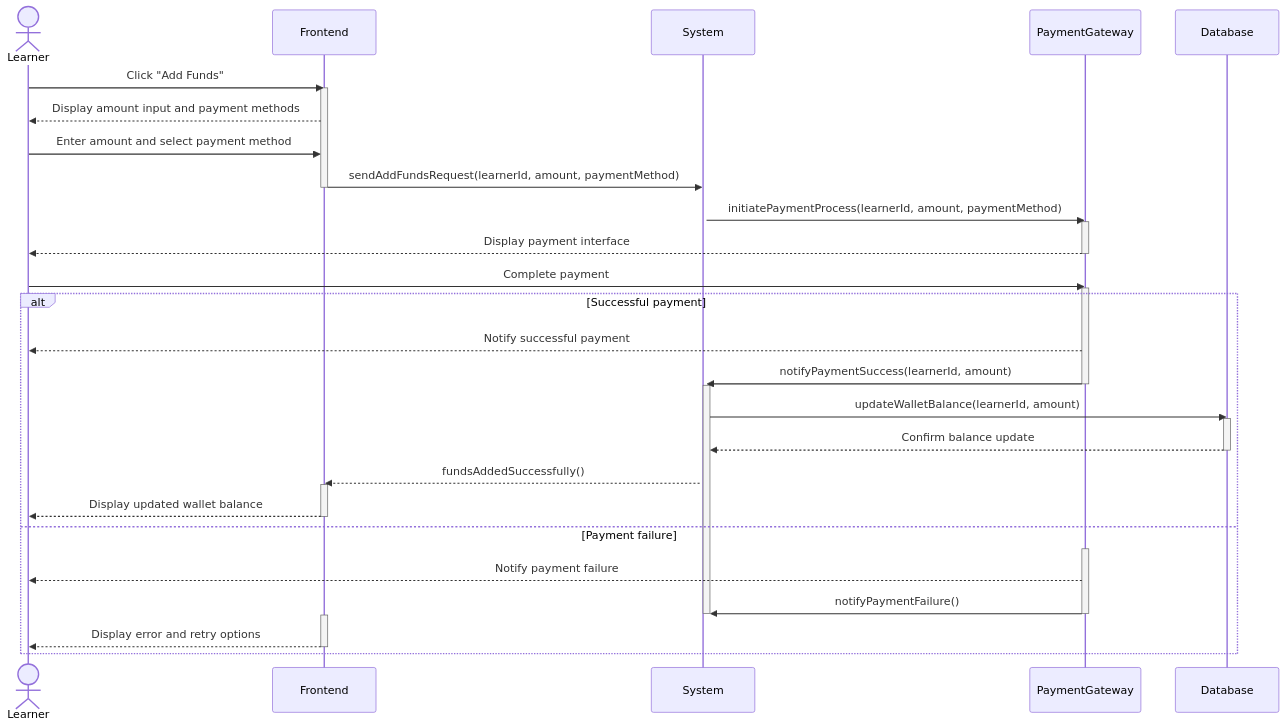
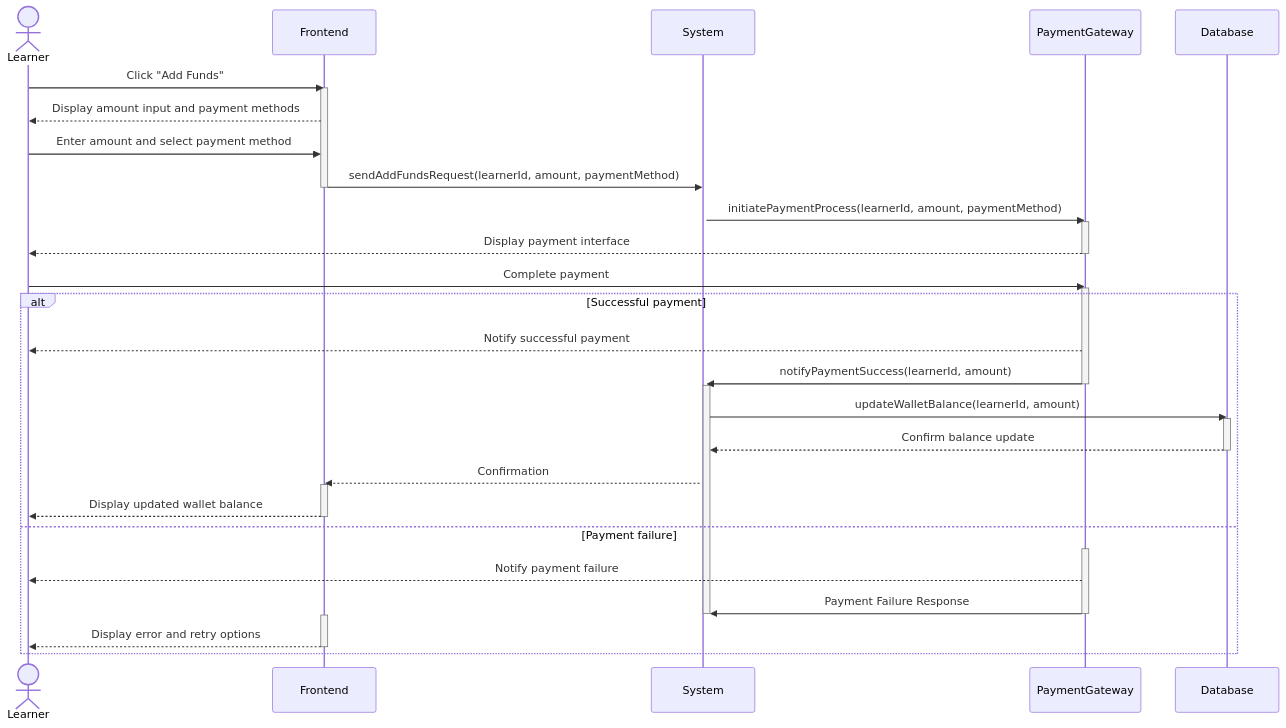
One commit to Shaar03/Diagrams changed the diagram in addFundsToWallet.mermaid. Above: the diagram before and after it, drawn with Mermaid.

```diff
--- a/addFundsToWallet.mermaid
+++ b/addFundsToWallet.mermaid
@@ -1,48 +1,48 @@
 sequenceDiagram
     actor Learner
     participant Frontend
     participant System
     participant PaymentGateway
     participant Database
 
     Learner->>Frontend: Click "Add Funds"
     activate Frontend
     Frontend-->>Learner: Display amount input and payment methods
     Learner->>Frontend: Enter amount and select payment method
     Frontend->>System: sendAddFundsRequest(learnerId, amount, paymentMethod)
     deactivate Frontend
     
     activate System
     System->>PaymentGateway: initiatePaymentProcess(learnerId, amount, paymentMethod)
     activate PaymentGateway
     PaymentGateway-->>Learner: Display payment interface
     deactivate PaymentGateway
 
     Learner->>PaymentGateway: Complete payment
     activate PaymentGateway
     alt Successful payment
         PaymentGateway-->>Learner: Notify successful payment
         PaymentGateway->>System: notifyPaymentSuccess(learnerId, amount)
         deactivate PaymentGateway
         
         activate System
         System->>Database: updateWalletBalance(learnerId, amount)
         activate Database
         Database-->>System: Confirm balance update
         deactivate Database
         
-        System-->>Frontend: fundsAddedSuccessfully()
+        System-->>Frontend: Confirmation
         activate Frontend
         Frontend-->>Learner: Display updated wallet balance
         deactivate Frontend
     else Payment failure
         activate PaymentGateway
         PaymentGateway-->>Learner: Notify payment failure
-        PaymentGateway->>System: notifyPaymentFailure()
+        PaymentGateway->>System: Payment Failure Response
         deactivate PaymentGateway
         
         deactivate System
         activate Frontend
         Frontend-->>Learner: Display error and retry options
         deactivate Frontend
     end
```
